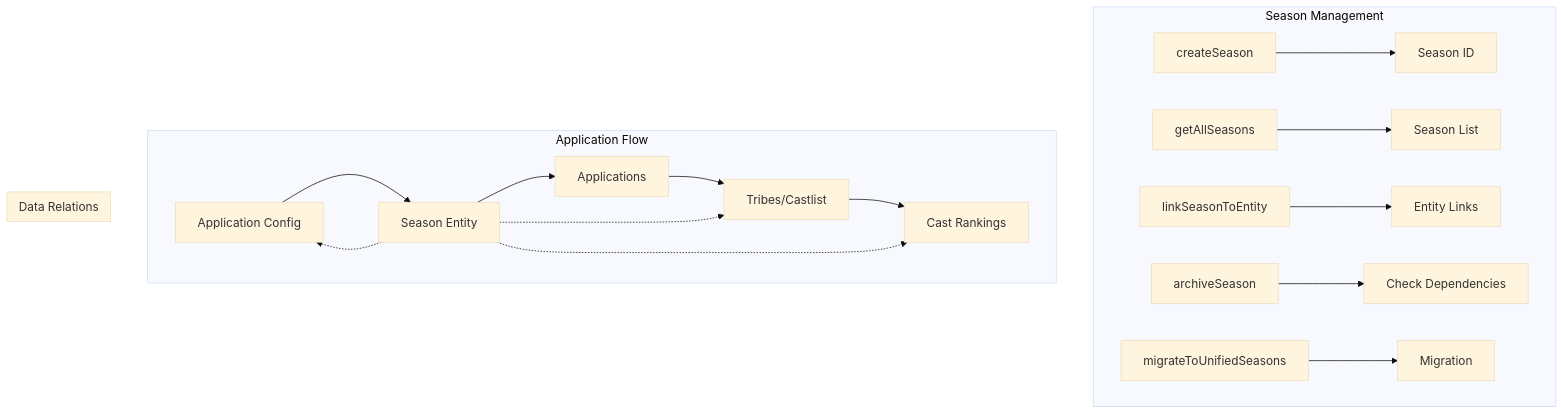
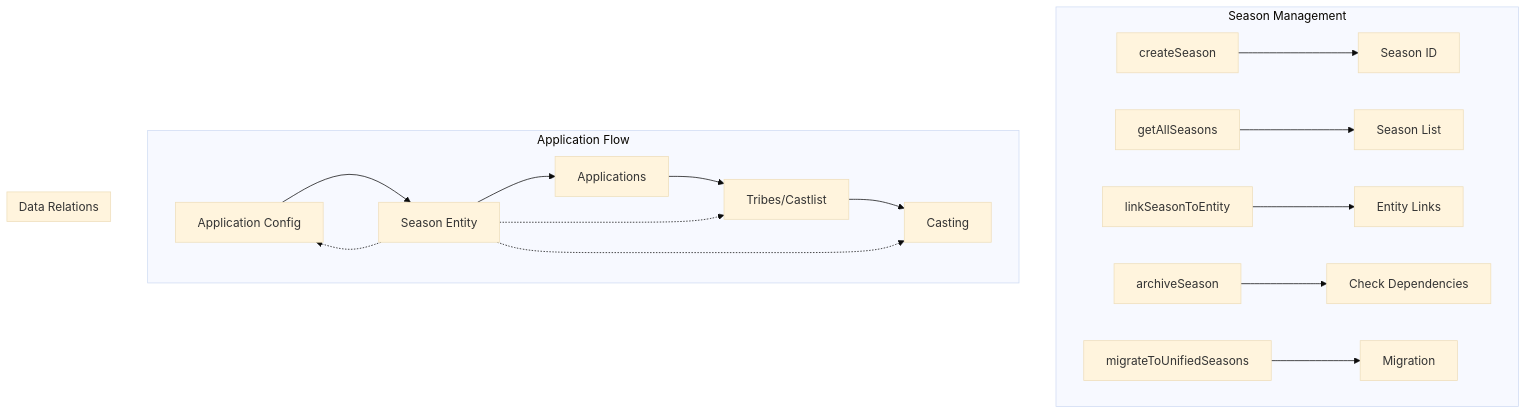
One commit to extremedonkey/castbot changed the sixth of 11 diagrams in docs/03-features/DataArchitecture.md. Above: the diagram before and after it, drawn with Mermaid (base theme). The commit also changed 27 other files, not shown here.

Commit message:
Rename 'Cast Ranking'/'Ranking' tab to 'Casting' across UI + logs; archive stale CastRanking.md + CastRankingNavigation.md, merge code-validated content into SeasonManager.md

````diff
--- a/docs/03-features/DataArchitecture.md
+++ b/docs/03-features/DataArchitecture.md
@@ -193,24 +193,24 @@
 ```mermaid
 graph TB
     subgraph "Season Management"
         CS[createSeason] --> SID[Season ID]
         GS[getAllSeasons] --> SL[Season List]
         LS[linkSeasonToEntity] --> LNK[Entity Links]
         AS[archiveSeason] --> CHK[Check Dependencies]
         MS[migrateToUnifiedSeasons] --> MIG[Migration]
     end
     
     subgraph "Application Flow"
         AC[Application Config]
         AC --> SE[Season Entity]
         SE --> AP[Applications]
         AP --> TR[Tribes/Castlist]
-        TR --> CR[Cast Rankings]
+        TR --> CR[Casting]
     end
     
     subgraph "Data Relations"
         SE -.-> AC
         SE -.-> TR
         SE -.-> CR
     end
 ```
````
